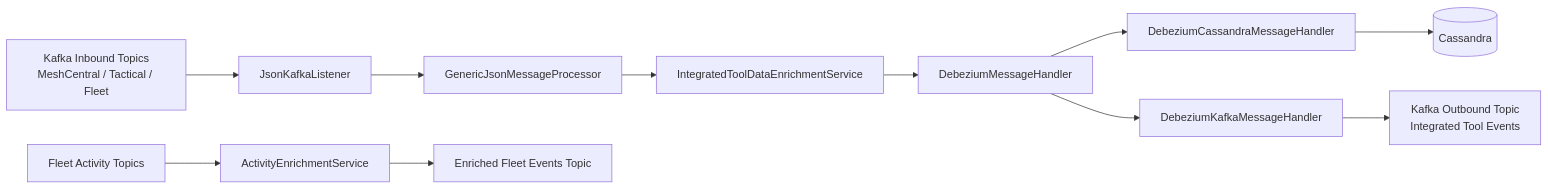
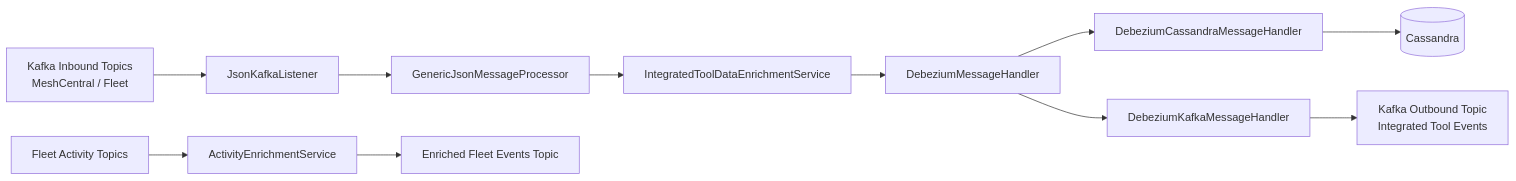
The first of 7 diagrams in docs/architecture/stream-service-core-message-handling-and-enrichment/stream-service-core-message-handling-and-enrichment.md (flamingo-stack/openframe-oss-tenant), drawn with Mermaid before and after one commit. The commit also changed other lines of this file and 25 other files, not shown here.

````diff
--- a/docs/architecture/stream-service-core-message-handling-and-enrichment/stream-service-core-message-handling-and-enrichment.md
+++ b/docs/architecture/stream-service-core-message-handling-and-enrichment/stream-service-core-message-handling-and-enrichment.md
@@ -24,16 +24,16 @@
 ```mermaid
 flowchart LR
-    KafkaInbound["Kafka Inbound Topics<br/>MeshCentral / Tactical / Fleet"] --> JsonListener["JsonKafkaListener"]
+    KafkaInbound["Kafka Inbound Topics<br/>MeshCentral / Fleet"] --> JsonListener["JsonKafkaListener"]
     JsonListener --> JsonProcessor["GenericJsonMessageProcessor"]
     JsonProcessor --> EnrichmentService["IntegratedToolDataEnrichmentService"]
     EnrichmentService --> HandlerRouter["DebeziumMessageHandler"]
 
     HandlerRouter --> CassandraHandler["DebeziumCassandraMessageHandler"]
     HandlerRouter --> KafkaHandler["DebeziumKafkaMessageHandler"]
 
     CassandraHandler --> CassandraDB[("Cassandra")]
     KafkaHandler --> KafkaOutbound["Kafka Outbound Topic<br/>Integrated Tool Events"]
 
     FleetActivities["Fleet Activity Topics"] --> ActivityStream["ActivityEnrichmentService"]
     ActivityStream --> EnrichedFleet["Enriched Fleet Events Topic"]
 ```
````
